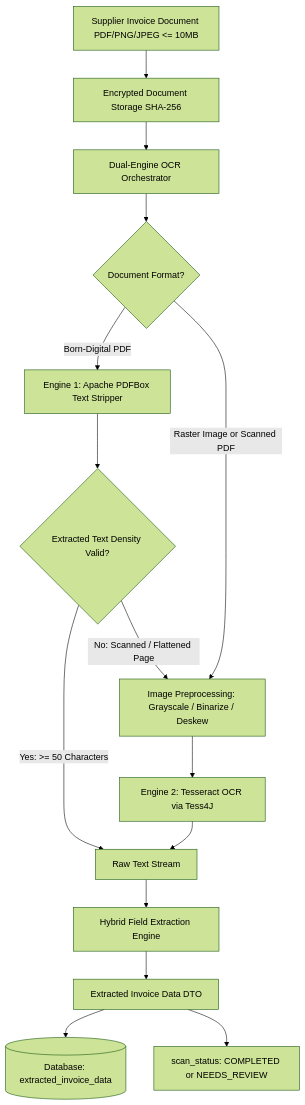
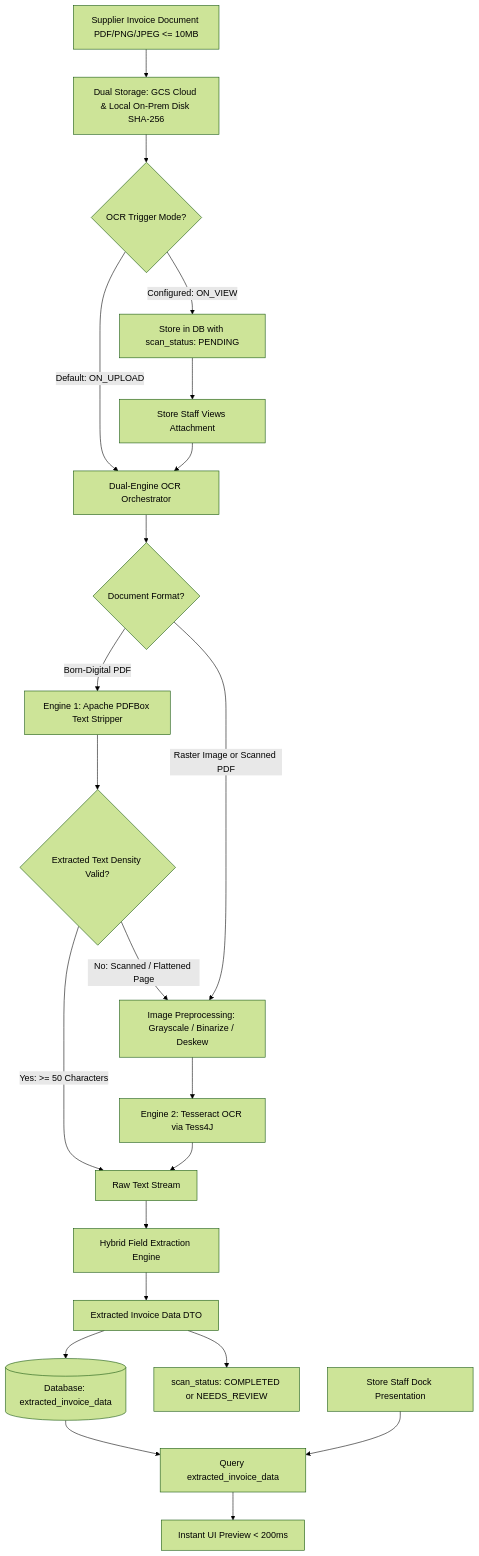
The sixth of 9 diagrams in docs/VendorLane_PRD_v1.0.md (mikegarcia8748/vendorlane-backend), drawn with Mermaid (forest theme) before and after one commit. The commit also changed other lines of this file, not shown here.

Commit message:
Update VendorLane PRD to v1.4 with stakeholder refinements, enhanced OCR pipeline, dual storage support, and operational account provisioning.

````diff
--- a/docs/VendorLane_PRD_v1.0.md
+++ b/docs/VendorLane_PRD_v1.0.md
@@ -202,22 +299,30 @@
 ```mermaid
 graph TD
-    Upload[Supplier Invoice Document PDF/PNG/JPEG <= 10MB] --> Storage[Encrypted Document Storage SHA-256]
-    Storage --> Ingest[Dual-Engine OCR Orchestrator]
+    Upload[Supplier Invoice Document PDF/PNG/JPEG <= 10MB] --> Storage[Dual Storage: GCS Cloud & Local On-Prem Disk SHA-256]
+    Storage --> Trigger{OCR Trigger Mode?}
+    Trigger -->|Default: ON_UPLOAD| Ingest[Dual-Engine OCR Orchestrator]
+    Trigger -->|Configured: ON_VIEW| Pending[Store in DB with scan_status: PENDING]
+    Pending --> StaffView[Store Staff Views Attachment]
+    StaffView --> Ingest
     
     Ingest --> TypeCheck{Document Format?}
     
     TypeCheck -->|Born-Digital PDF| PDFBox[Engine 1: Apache PDFBox Text Stripper]
     TypeCheck -->|Raster Image or Scanned PDF| Preproc[Image Preprocessing: Grayscale / Binarize / Deskew]
     
     PDFBox --> DensityCheck{Extracted Text Density Valid?}
     DensityCheck -->|Yes: >= 50 Characters| RawText[Raw Text Stream]
     DensityCheck -->|No: Scanned / Flattened Page| Preproc
     
     Preproc --> Tess[Engine 2: Tesseract OCR via Tess4J]
     Tess --> RawText
     
     RawText --> Parser[Hybrid Field Extraction Engine]
     Parser --> Output[Extracted Invoice Data DTO]
     Output --> DB[(Database: extracted_invoice_data)]
     Output --> Status[scan_status: COMPLETED or NEEDS_REVIEW]
+    
+    StaffCheck[Store Staff Dock Presentation] --> QueryDB[Query extracted_invoice_data]
+    DB --> QueryDB
+    QueryDB --> InstantUI[Instant UI Preview < 200ms]
 ```
````
